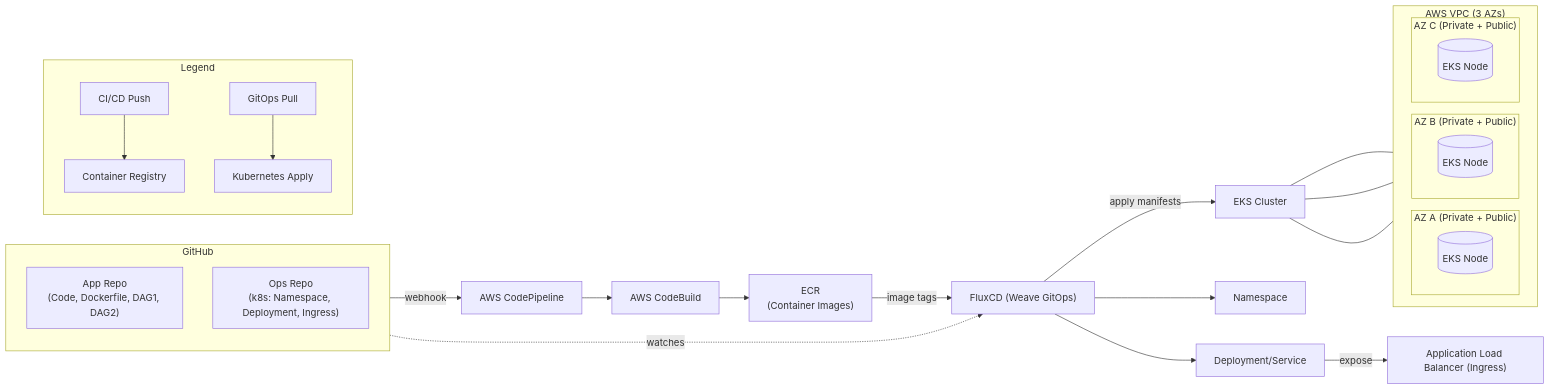
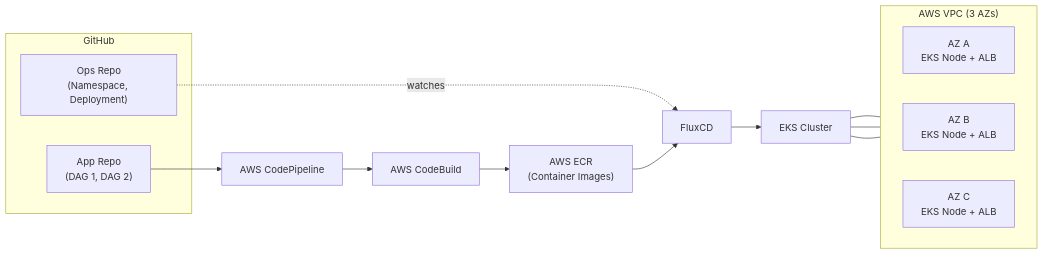
The diagram in deploy_to_aws_eks/architecture_diagram.md (derrickrose/review-airflow), drawn with Mermaid before and after one commit.

````diff
--- a/deploy_to_aws_eks/architecture_diagram.md
+++ b/deploy_to_aws_eks/architecture_diagram.md
@@ -1,42 +1,31 @@
 ```mermaid
 flowchart LR
+  %% GitHub sources
   subgraph GitHub["GitHub"]
-    direction TB
-    gh_app["App Repo<br/>(Code, Dockerfile, DAG1, DAG2)"]
-    gh_ops["Ops Repo<br/>(k8s: Namespace, Deployment, Ingress)"]
+    app["App Repo<br/>(DAG 1, DAG 2)"]
+    ops["Ops Repo<br/>(Namespace, Deployment)"]
   end
 
-  gh_app -->|webhook| cp["AWS CodePipeline"]
-  cp --> cb["AWS CodeBuild"]
-  cb --> ecr["ECR<br/>(Container Images)"]
+  %% CI/CD flow
+  app --> cp[AWS CodePipeline]
+  cp --> cb[AWS CodeBuild]
+  cb --> ecr["AWS ECR<br/>(Container Images)"]
 
-  gh_ops -.->|watches| flux["FluxCD (Weave GitOps)"]
-  ecr -->|image tags| flux
-  flux -->|apply manifests| k8s["EKS Cluster"]
+  %% GitOps with Flux
+  ops -.->|watches| flux[FluxCD]
+  ecr --> flux
+  flux --> k8s[EKS Cluster]
 
+  %% Networking
   subgraph VPC["AWS VPC (3 AZs)"]
     direction LR
-    subgraph AZA["AZ A (Private + Public)"]
-      nodeA[(EKS Node)]
-    end
-    subgraph AZB["AZ B (Private + Public)"]
-      nodeB[(EKS Node)]
-    end
-    subgraph AZC["AZ C (Private + Public)"]
-      nodeC[(EKS Node)]
-    end
+    aza["AZ A<br/>EKS Node + ALB"]
+    azb["AZ B<br/>EKS Node + ALB"]
+    azc["AZ C<br/>EKS Node + ALB"]
   end
 
-  k8s --- nodeA
-  k8s --- nodeB
-  k8s --- nodeC
+  k8s --- aza
+  k8s --- azb
+  k8s --- azc
 
-  flux --> ns["Namespace"]
-  flux --> dep["Deployment/Service"]
-  dep -->|expose| alb["Application Load Balancer (Ingress)"]
-
-  subgraph Legend
-    L1["CI/CD Push"] --> L2["Container Registry"]
-    L3["GitOps Pull"] --> L4["Kubernetes Apply"]
-  end
 ```
````
